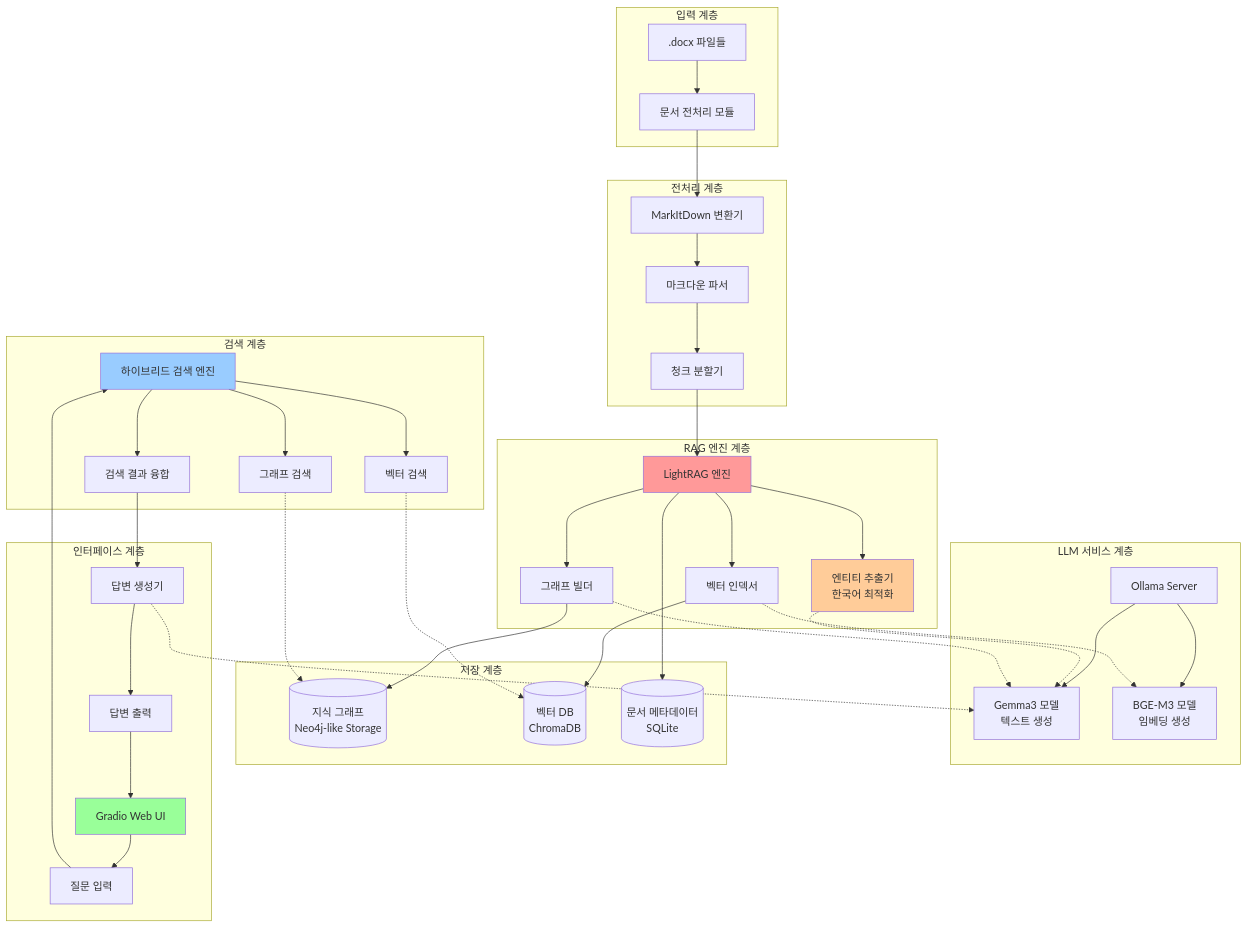
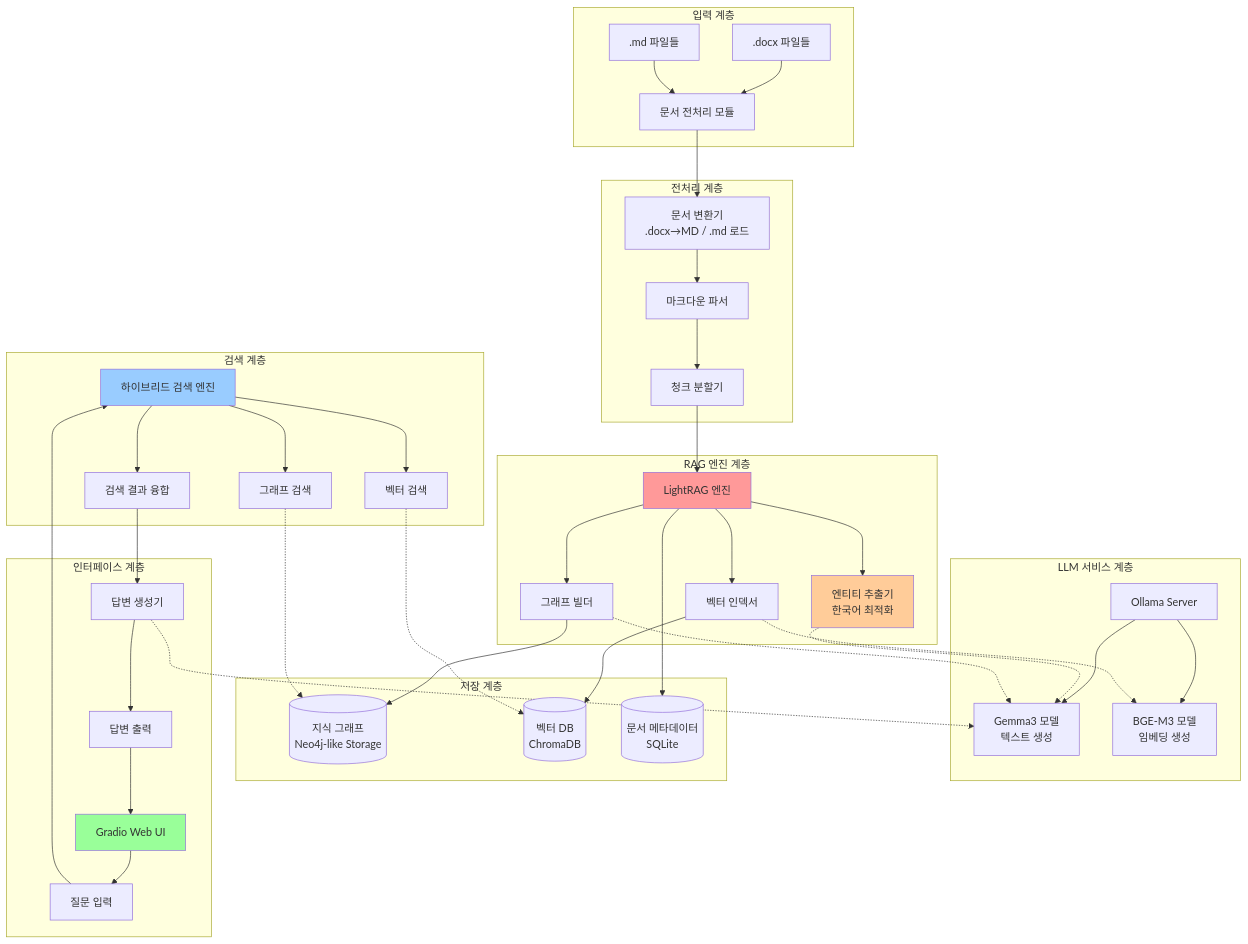
One commit to laurus-kpa007/Light-Graph-RAG changed the first of 5 diagrams in docs/01_시스템_아키텍처_설계.md. Above: the diagram before and after it, drawn with Mermaid. The commit also changed other lines of this file and 4 other files, not shown here.

````diff
--- a/docs/01_시스템_아키텍처_설계.md
+++ b/docs/01_시스템_아키텍처_설계.md
@@ -20,60 +20,61 @@
 ```mermaid
 graph TB
     subgraph "입력 계층"
-        A[.docx 파일들] --> B[문서 전처리 모듈]
+        A1[.docx 파일들] --> B[문서 전처리 모듈]
+        A2[.md 파일들] --> B
     end
 
     subgraph "전처리 계층"
-        B --> C[MarkItDown 변환기]
+        B --> C[문서 변환기<br/>.docx→MD / .md 로드]
         C --> D[마크다운 파서]
         D --> E[청크 분할기]
     end
 
     subgraph "LLM 서비스 계층"
         F[Ollama Server]
         F --> G[Gemma3 모델<br/>텍스트 생성]
         F --> H[BGE-M3 모델<br/>임베딩 생성]
     end
 
     subgraph "RAG 엔진 계층"
         E --> I[LightRAG 엔진]
         I --> J[엔티티 추출기<br/>한국어 최적화]
         I --> K[그래프 빌더]
         I --> L[벡터 인덱서]
 
         J -.-> G
         K -.-> G
         L -.-> H
     end
 
     subgraph "저장 계층"
         K --> M[(지식 그래프<br/>Neo4j-like Storage)]
         L --> N[(벡터 DB<br/>ChromaDB)]
         I --> O[(문서 메타데이터<br/>SQLite)]
     end
 
     subgraph "검색 계층"
         P[하이브리드 검색 엔진]
         P --> Q[그래프 검색]
         P --> R[벡터 검색]
         P --> S[검색 결과 융합]
 
         Q -.-> M
         R -.-> N
     end
 
     subgraph "인터페이스 계층"
         T[Gradio Web UI]
         T --> U[질문 입력]
         U --> P
         S --> V[답변 생성기]
         V -.-> G
         V --> W[답변 출력]
         W --> T
     end
 
     style I fill:#ff9999
     style J fill:#ffcc99
     style P fill:#99ccff
     style T fill:#99ff99
 ```
````
